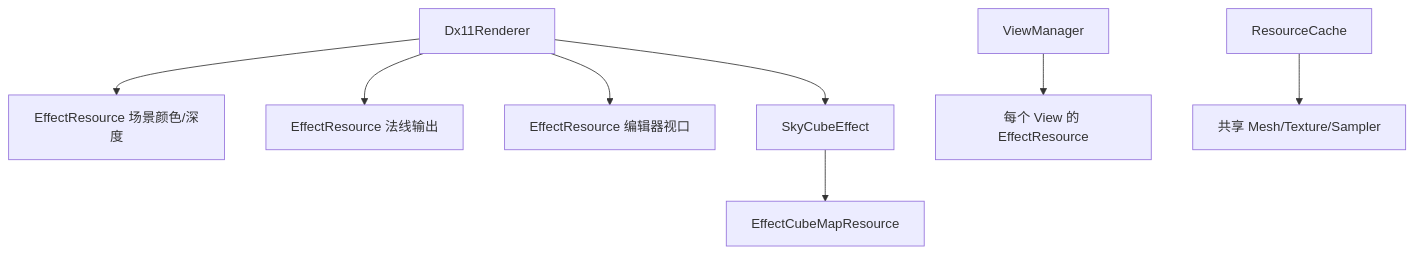
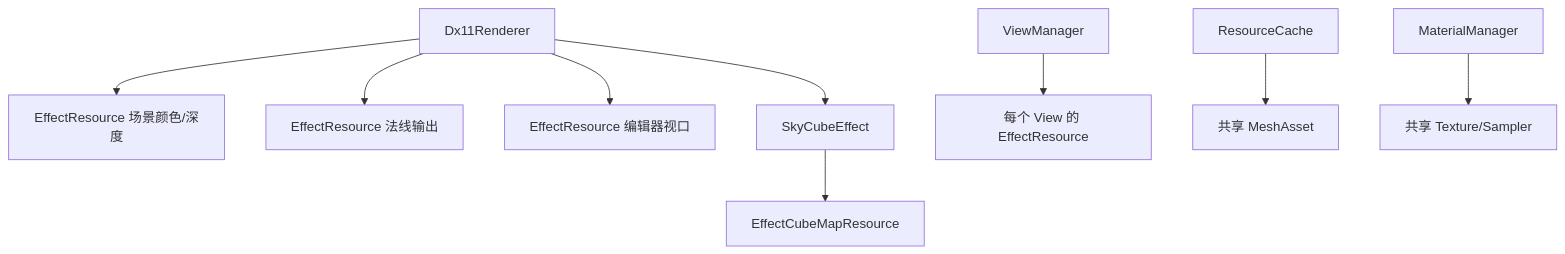
One commit to ELPSYKONGR/LRenderDemo changed the diagram in docs/effect-resource-view-manager.md. Above: the diagram before and after it, drawn with Mermaid. The commit also changed 64 other files, not shown here.

````diff
--- a/docs/effect-resource-view-manager.md
+++ b/docs/effect-resource-view-manager.md
@@ -84,10 +84,11 @@
 ```mermaid
 graph TD
     Renderer[Dx11Renderer] --> SceneResource[EffectResource 场景颜色/深度]
     Renderer --> NormalResource[EffectResource 法线输出]
     Renderer --> ViewResource[EffectResource 编辑器视口]
     Renderer --> Sky[SkyCubeEffect]
     Sky --> Cube[EffectCubeMapResource]
     ViewManager --> ViewTarget[每个 View 的 EffectResource]
-    Cache[ResourceCache] --> Shared[共享 Mesh/Texture/Sampler]
+    Cache[ResourceCache] --> Meshes[共享 MeshAsset]
+    MaterialManager[MaterialManager] --> Shared[共享 Texture/Sampler]
 ```
````
